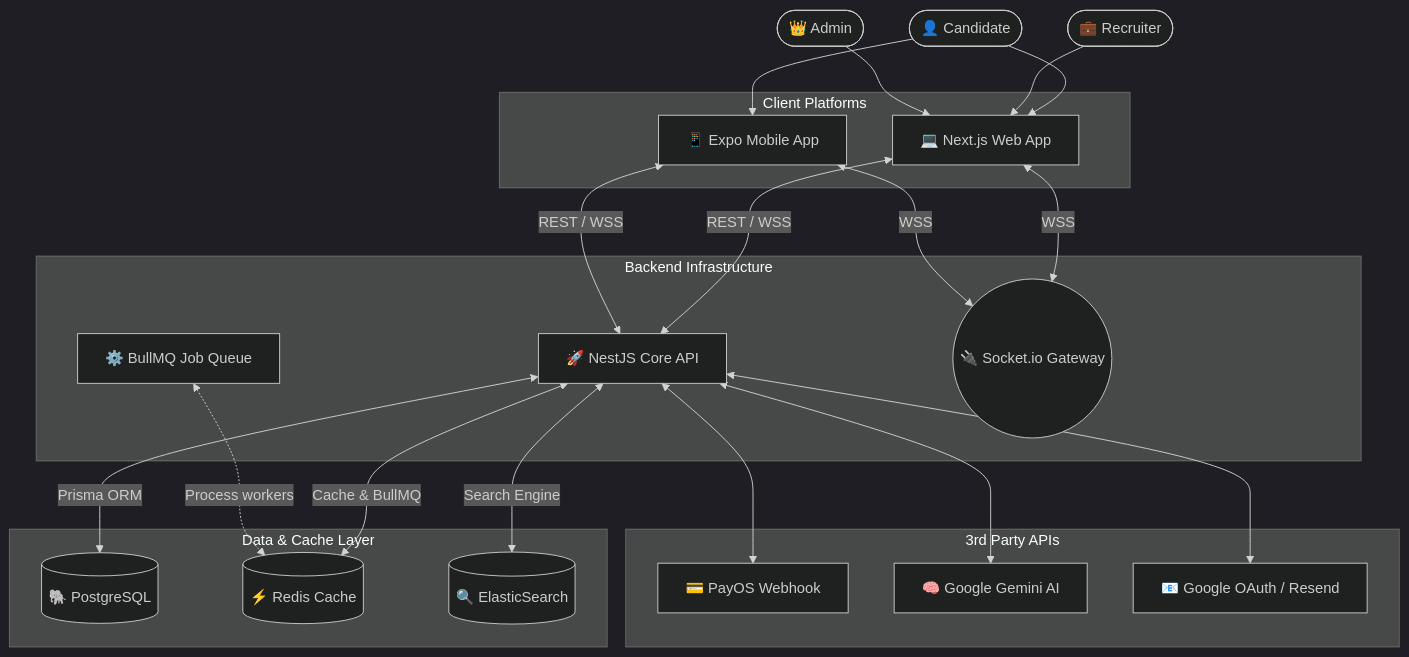
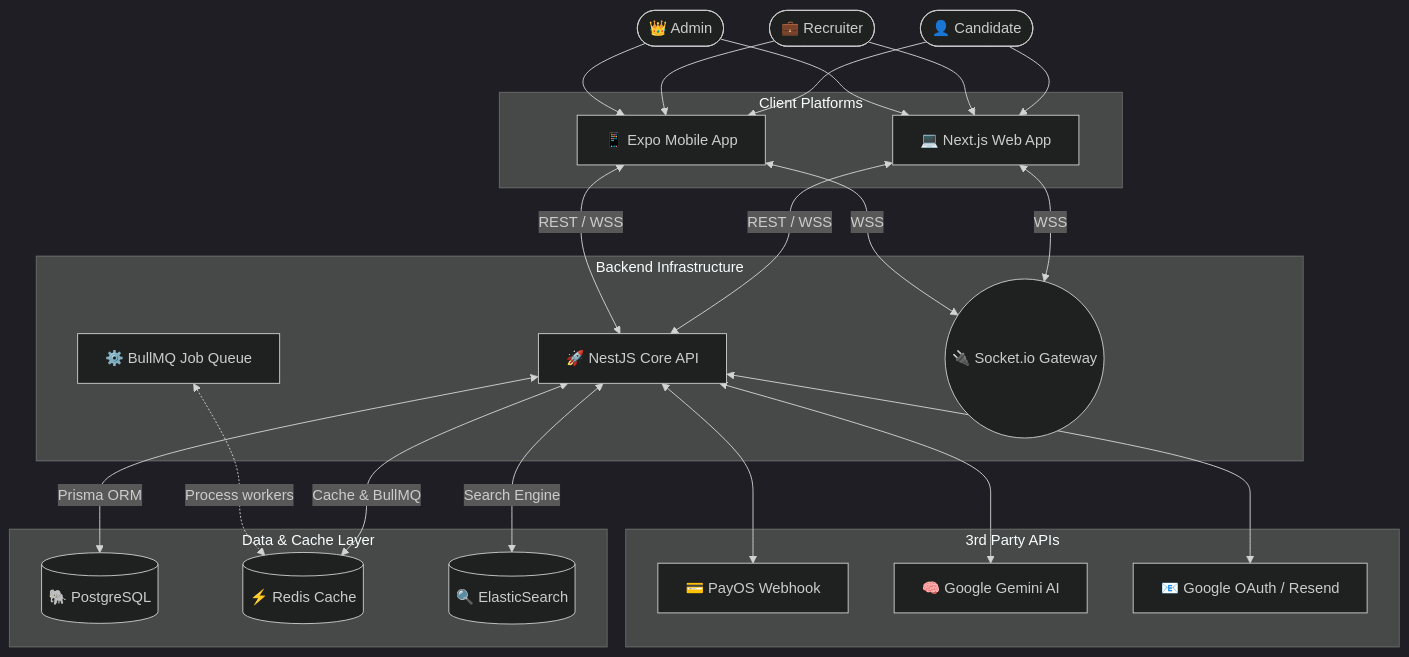
Before and after one commit to nxnam6626/Workly-System: the diagram in README.md, drawn with Mermaid (dark theme). The commit also changed other lines of this file and 1 other file, not shown here.

````diff
--- a/README.md
+++ b/README.md
@@ -53,54 +53,56 @@
 ```mermaid
 graph TD
     %% Tác nhân
     Candidate([👤 Candidate])
     Recruiter([💼 Recruiter])
     Admin([👑 Admin])
 
     %% Frontend
     subgraph Frontend [Client Platforms]
         WA[💻 Next.js Web App]
         MA[📱 Expo Mobile App]
     end
 
     %% Giao tiếp ngoại vi
     subgraph External_Services [3rd Party APIs]
         PayOS[💳 PayOS Webhook]
         Gemini[🧠 Google Gemini AI]
         Google[📧 Google OAuth / Resend]
     end
 
     %% Backend
     subgraph Backend_Infrastructure [Backend Infrastructure]
         API[🚀 NestJS Core API]
         Queue[⚙️ BullMQ Job Queue]
         Socket((🔌 Socket.io Gateway))
     end
 
     %% Databases
     subgraph Data_Storage [Data & Cache Layer]
         PG[(🐘 PostgreSQL)]
         Redis[(⚡ Redis Cache)]
         ES[(🔍 ElasticSearch)]
     end
 
     %% Relationships
     Candidate --> WA
     Candidate --> MA
     Recruiter --> WA
+    Recruiter --> MA
     Admin --> WA
+    Admin --> MA
 
     WA <-->|REST / WSS| API
     MA <-->|REST / WSS| API
     WA <-->|WSS| Socket
     MA <-->|WSS| Socket
 
     API <-->|Prisma ORM| PG
     API <-->|Cache & BullMQ| Redis
     Queue <-.->|Process workers| Redis
     API <-->|Search Engine| ES
     
     API <--> Gemini
     API <--> Google
     API <--> PayOS
 ```
````
